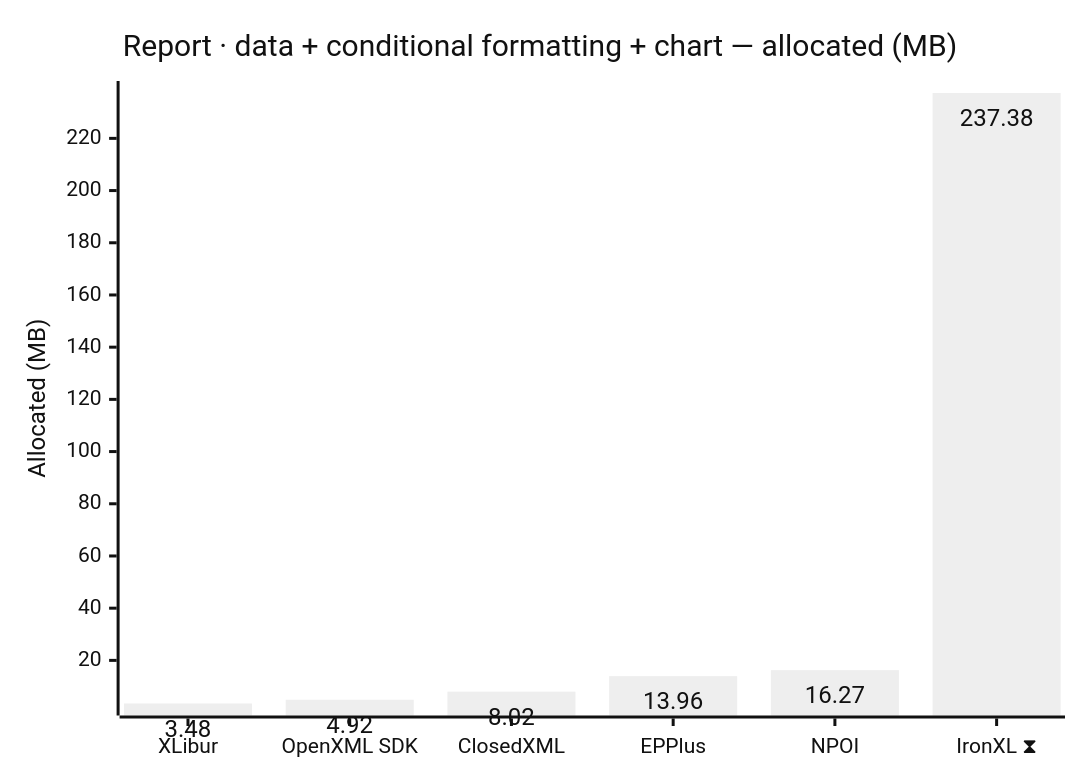
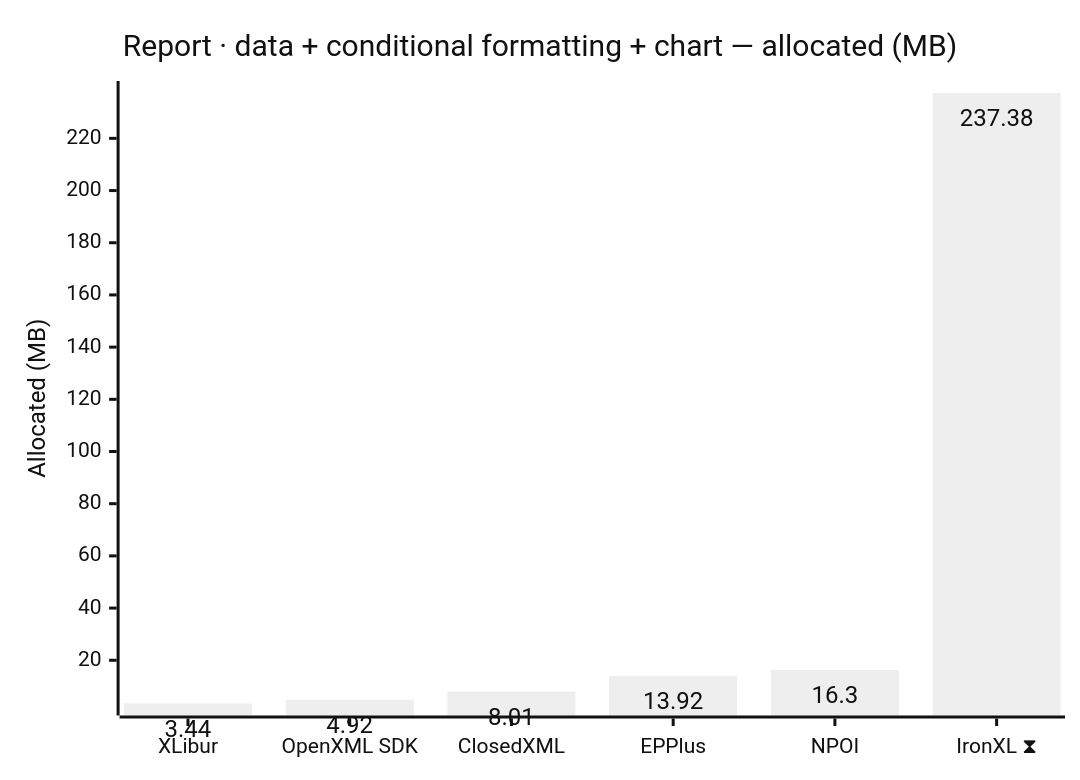
Before and after one commit to jafin/XLBench: the eighth of 12 diagrams in docs/results-ci.md, drawn with Mermaid (neutral theme). The commit also changed other lines of this file, not shown here.

````diff
--- a/docs/results-ci.md
+++ b/docs/results-ci.md
@@ -132,12 +132,12 @@
 ```mermaid
 ---
 config:
   xyChart:
     showDataLabel: true
 ---
 xychart-beta
     title "Report · data + conditional formatting + chart — allocated (MB)"
     x-axis ["XLibur", "OpenXML SDK", "ClosedXML", "EPPlus", "NPOI", "IronXL ⧗"]
     y-axis "Allocated (MB)"
-    bar [3.48, 4.92, 8.02, 13.96, 16.27, 237.38]
+    bar [3.44, 4.92, 8.01, 13.92, 16.3, 237.38]
 ```
````
